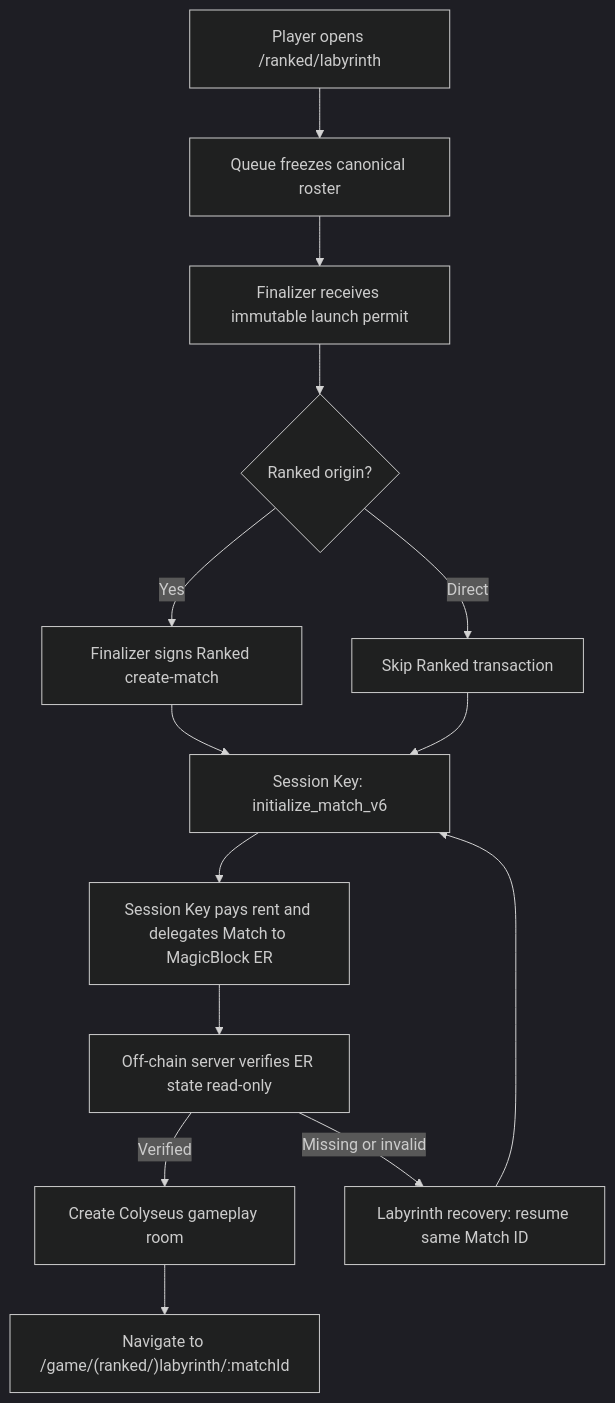
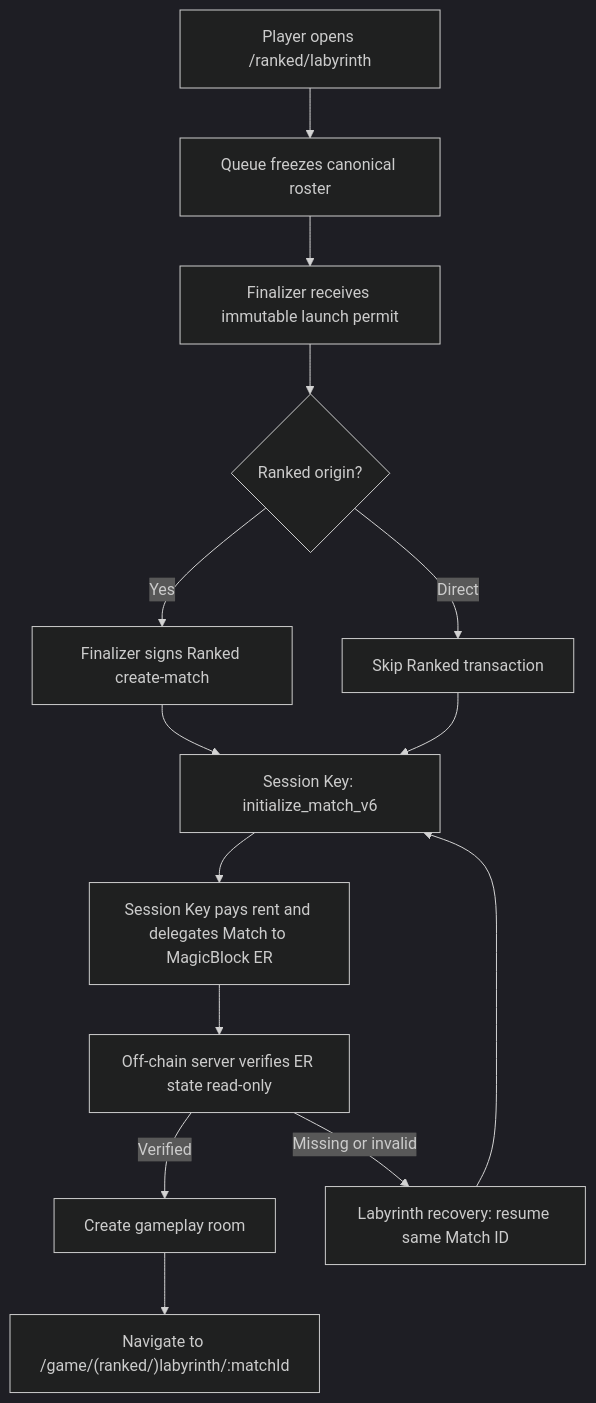
The second of 2 diagrams in docs/PLAYER_PAID_ER_BOOTSTRAP.md (SOLZ-FUN/labyrinth_magicblock), drawn with Mermaid (dark theme) before and after one commit. The commit also changed other lines of this file and 1 other file, not shown here.

Commit message:
docs(labyrinth): use neutral gameplay service terms

````diff
--- a/docs/PLAYER_PAID_ER_BOOTSTRAP.md
+++ b/docs/PLAYER_PAID_ER_BOOTSTRAP.md
@@ -109,16 +109,16 @@
 ```mermaid
 flowchart TD
     A["Player opens /ranked/labyrinth"] --> B["Queue freezes canonical roster"]
     B --> C["Finalizer receives immutable launch permit"]
     C --> D{"Ranked origin?"}
     D -->|"Yes"| E["Finalizer signs Ranked create-match"]
     D -->|"Direct"| F["Skip Ranked transaction"]
     E --> G["Session Key: initialize_match_v6"]
     F --> G
     G --> H["Session Key pays rent and delegates Match to MagicBlock ER"]
     H --> I["Off-chain server verifies ER state read-only"]
-    I -->|"Verified"| J["Create Colyseus gameplay room"]
+    I -->|"Verified"| J["Create gameplay room"]
     J --> K["Navigate to /game/(ranked/)labyrinth/:matchId"]
     I -->|"Missing or invalid"| L["Labyrinth recovery: resume same Match ID"]
     L --> G
 ```
````
